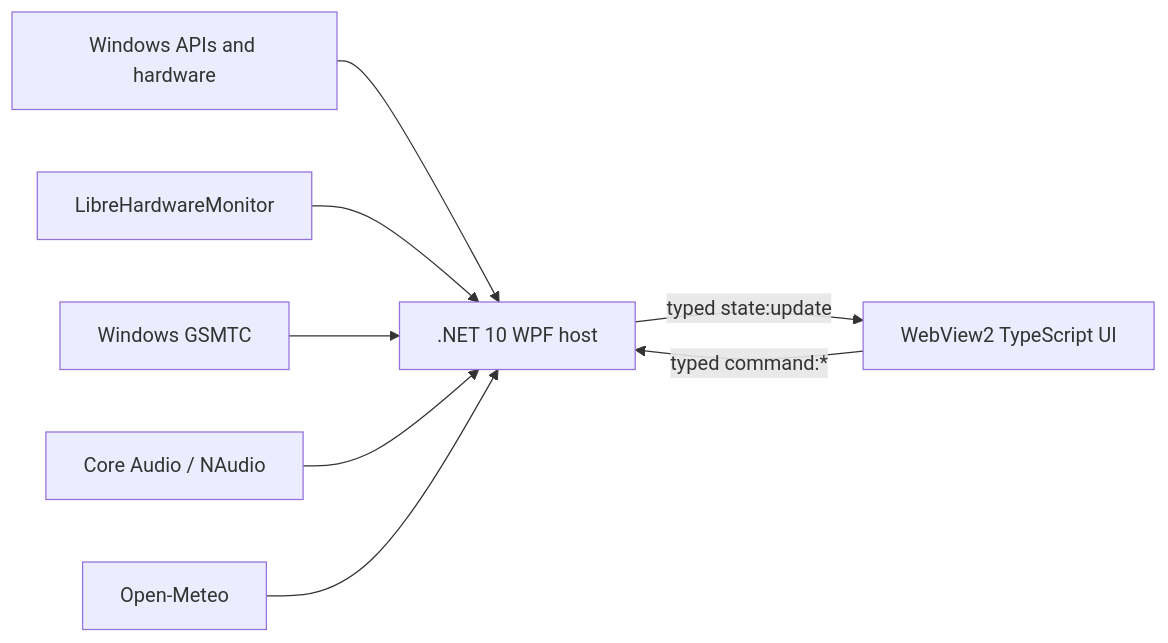
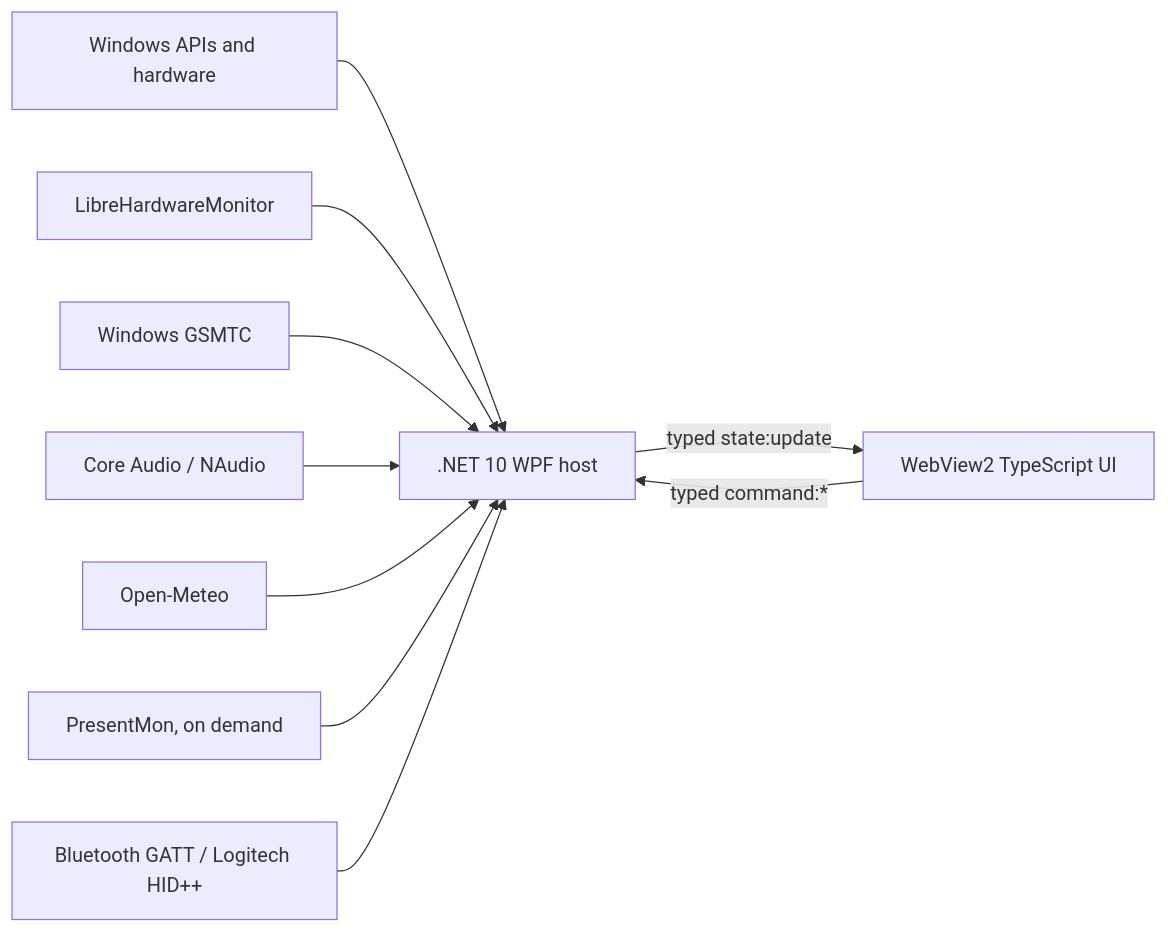
Before and after one commit to KD-DC/OpenPanel: the diagram in README.md, drawn with Mermaid. The commit also changed other lines of this file and 52 other files, not shown here.

````diff
--- a/README.md
+++ b/README.md
@@ -96,11 +119,13 @@
 ```mermaid
 flowchart LR
     Windows["Windows APIs and hardware"] --> Host[".NET 10 WPF host"]
     Host -->|"typed state:update"| UI["WebView2 TypeScript UI"]
     UI -->|"typed command:*"| Host
 
     Sensors["LibreHardwareMonitor"] --> Host
     Media["Windows GSMTC"] --> Host
     Audio["Core Audio / NAudio"] --> Host
     Weather["Open-Meteo"] --> Host
+    Gaming["PresentMon, on demand"] --> Host
+    Batteries["Bluetooth GATT / Logitech HID++"] --> Host
 ```
````
